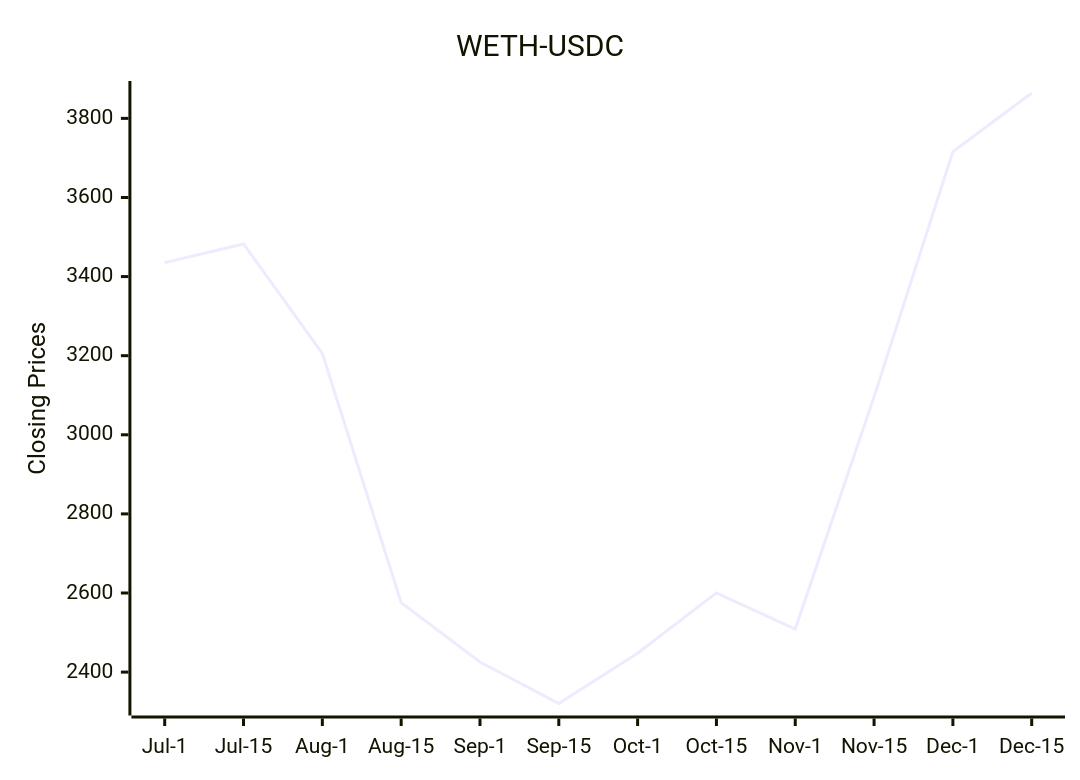
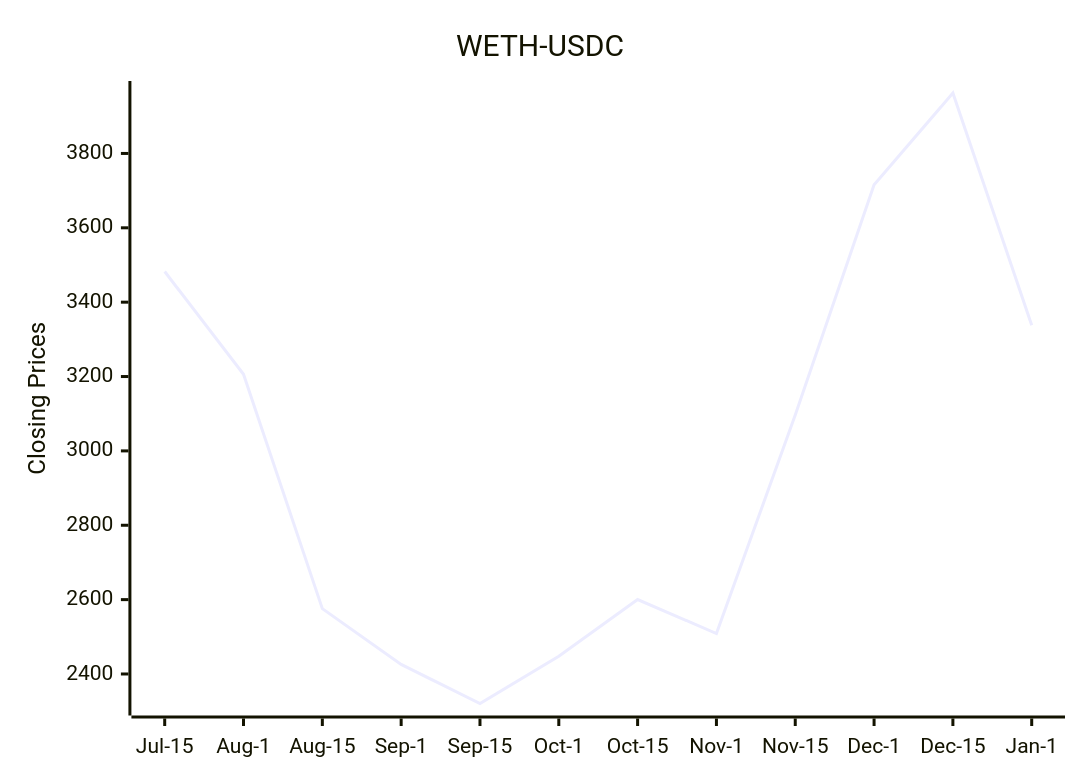
The diagram in README.md (bicced/ReadmeCryptoPriceChart), drawn with Mermaid before and after one commit.

Commit message:
Update README with latest DEX data

````diff
--- a/README.md
+++ b/README.md
@@ -6,7 +6,7 @@
 ```mermaid
 xychart-beta
   title "WETH-USDC"
-  x-axis [Jul-1,Jul-15,Aug-1,Aug-15,Sep-1,Sep-15,Oct-1,Oct-15,Nov-1,Nov-15,Dec-1,Dec-15]
-  y-axis "Closing Prices" 2320.61761915807 --> 3864.16472765049
-  line [3435.37304391752,3482.40990196361,3205.99009674922,2575.67729986359,2425.60361929393,2320.61761915807,2447.67403957906,2600.26757373328,2508.72962693621,3096.49585789669,3715.59825684283,3864.16472765049]
+  x-axis [Jul-15,Aug-1,Aug-15,Sep-1,Sep-15,Oct-1,Oct-15,Nov-1,Nov-15,Dec-1,Dec-15,Jan-1]
+  y-axis "Closing Prices" 2320.61761915807 --> 3962.56899349177
+  line [3482.40990196361,3205.99009674922,2575.67729986359,2425.60361929393,2320.61761915807,2447.67403957906,2600.26757373328,2508.72962693621,3096.49585789669,3715.59825684283,3962.56899349177,3338.09902931744]
 ```
````
